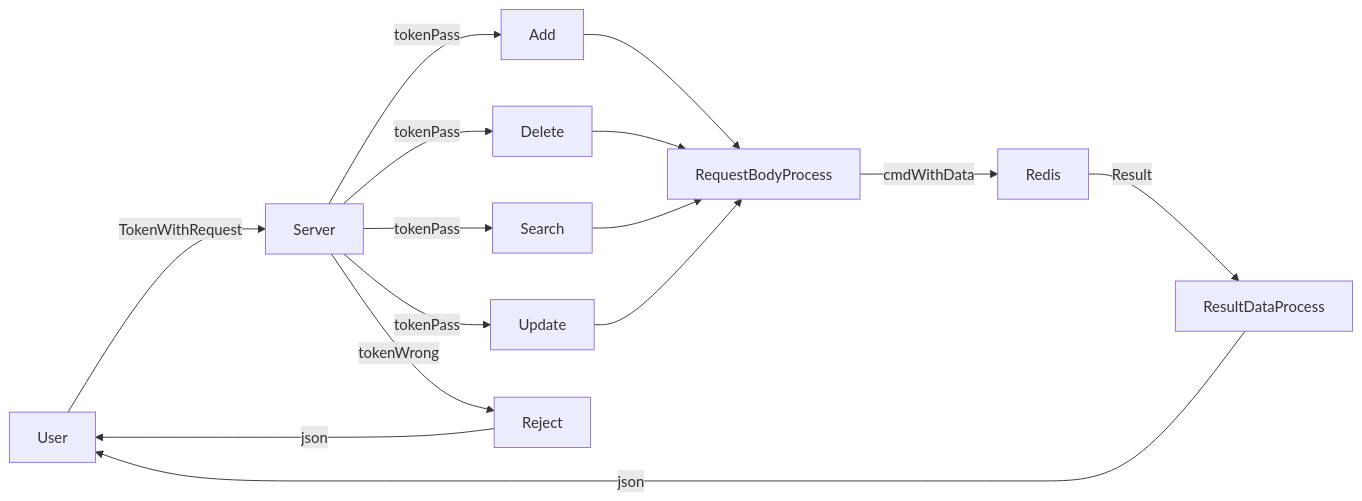
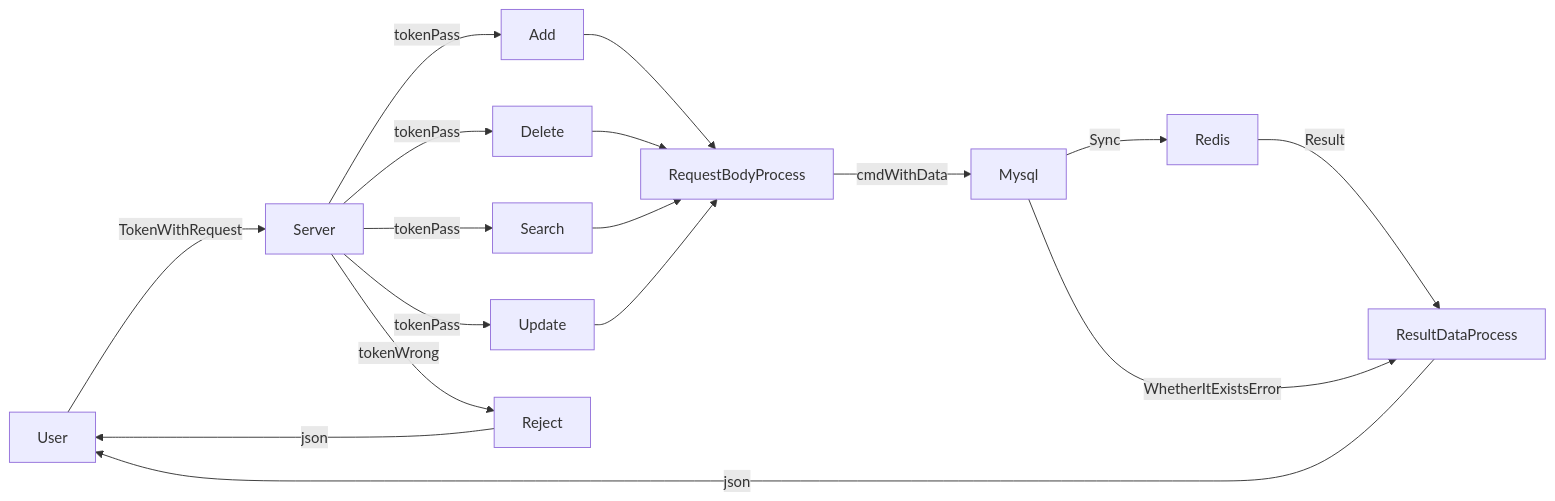
One commit to west2-online-reserve/collection-golang changed the first of 2 diagrams in work3/jsbjkskbs/README.md. Above: the diagram before and after it, drawn with Mermaid. The commit also changed other lines of this file and 27 other files, not shown here.

Commit message:
Update redis-version(redis-mysql) Remove mysql-version(out-of-date)

````diff
--- a/work3/jsbjkskbs/README.md
+++ b/work3/jsbjkskbs/README.md
@@ -9,12 +16,13 @@
 ``` mermaid
 flowchart LR;
 
 User--TokenWithRequest-->Server
 Server--tokenPass-->Add-->RequestBodyProcess
 Server--tokenPass-->Delete-->RequestBodyProcess
 Server--tokenPass-->Search-->RequestBodyProcess
 Server--tokenPass-->Update-->RequestBodyProcess
-RequestBodyProcess--cmdWithData-->Redis--Result-->ResultDataProcess--json-->User
+RequestBodyProcess--cmdWithData-->Mysql--Sync-->Redis--Result-->ResultDataProcess--json-->User
+Mysql--WhetherItExistsError-->ResultDataProcess
 Server--tokenWrong-->Reject--json-->User
 
 ```
````
